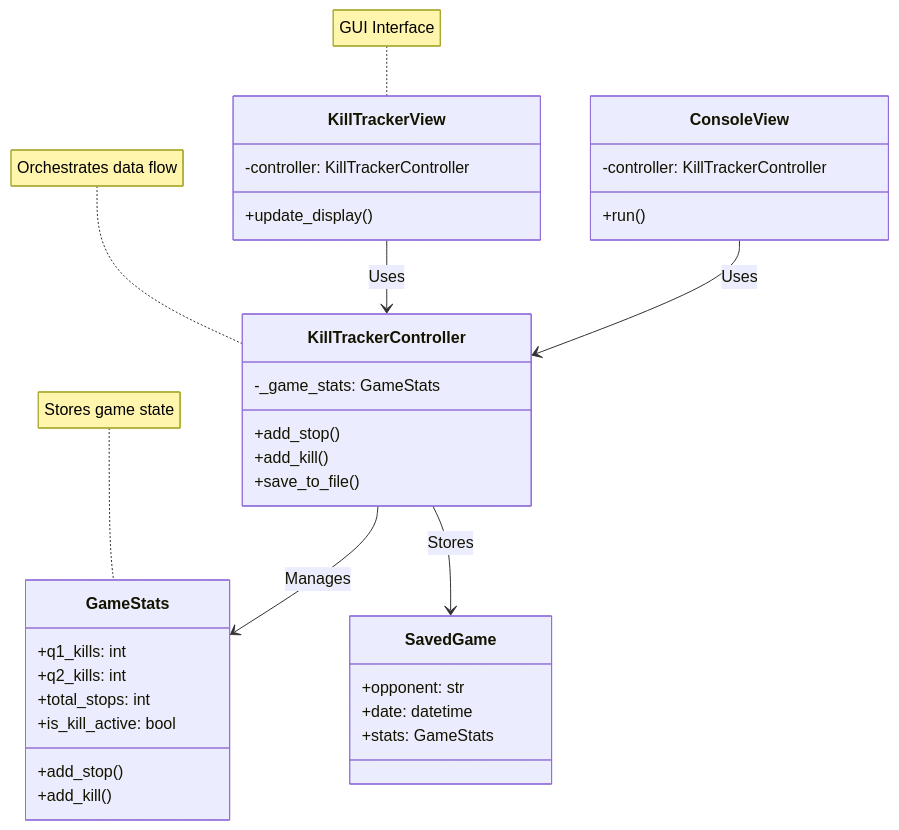
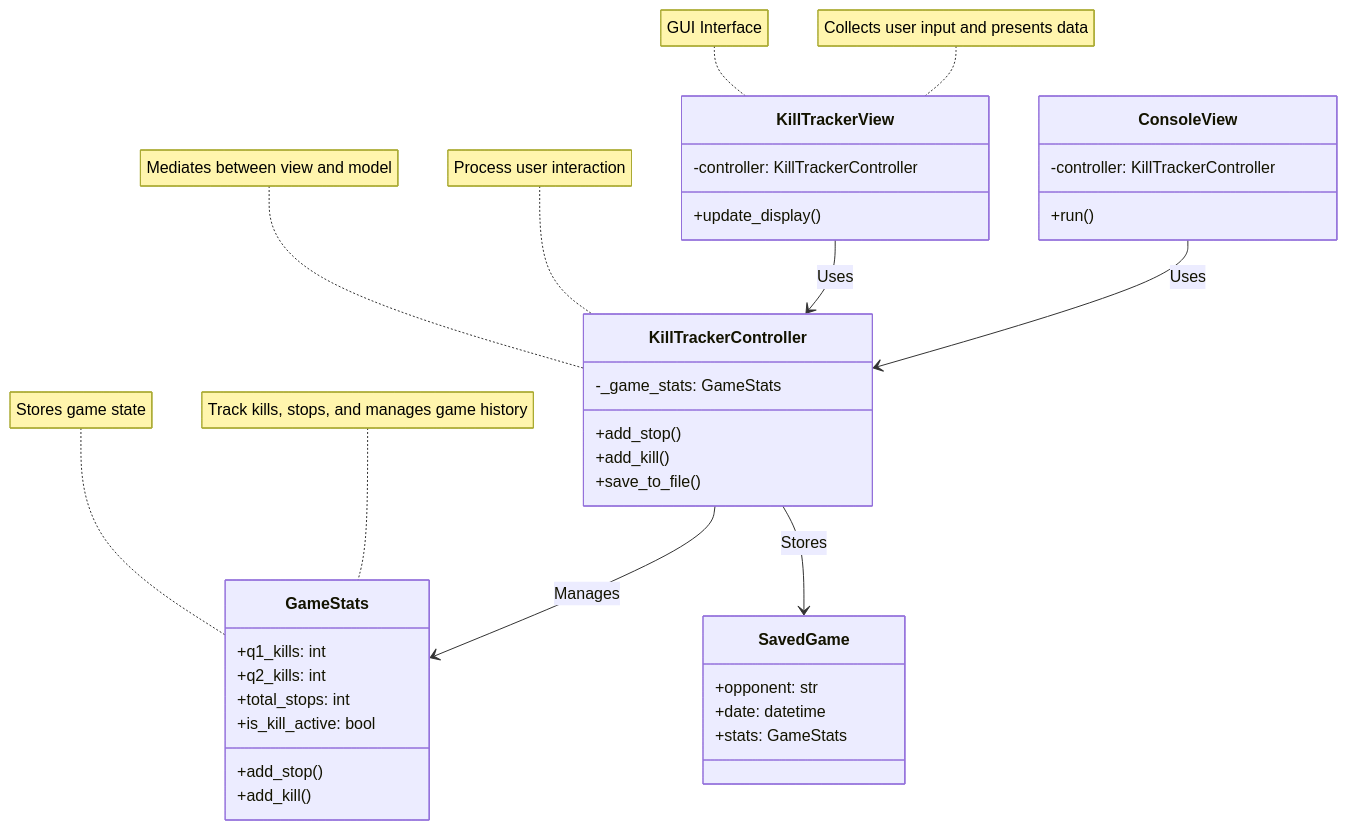
Before and after one commit to gabimelby/Kill-Tracker-Project: the diagram in README.md, drawn with Mermaid. The commit also changed other lines of this file, not shown here.

````diff
--- a/README.md
+++ b/README.md
@@ -27,47 +27,50 @@
 ```mermaid
 classDiagram
     %% Model
     class GameStats {
         +q1_kills: int
         +q2_kills: int
         +total_stops: int
         +is_kill_active: bool
         +add_stop()
         +add_kill()
     }
 
     class SavedGame {
         +opponent: str
         +date: datetime
         +stats: GameStats
     }
 
     %% Controller
     class KillTrackerController {
         -_game_stats: GameStats
         +add_stop()
         +add_kill()
         +save_to_file()
     }
 
     %% View
     class KillTrackerView {
         -controller: KillTrackerController
         +update_display()
     }
 
     class ConsoleView {
         -controller: KillTrackerController
         +run()
     }
 
     %% Relationships
     KillTrackerController --> GameStats: Manages
     KillTrackerController --> SavedGame: Stores
     KillTrackerView --> KillTrackerController: Uses
     ConsoleView --> KillTrackerController: Uses
 
-    note for KillTrackerController "Orchestrates data flow"
     note for GameStats "Stores game state"
+    note for GameStats "Track kills, stops, and manages game history" 
     note for KillTrackerView "GUI Interface"
+    note for Kill TrackerView "Collects user input and presents data"
+    note for KillTrackerController "Mediates between view and model"
+    note for KillTrackerController "Process user interaction"
 ```
````
